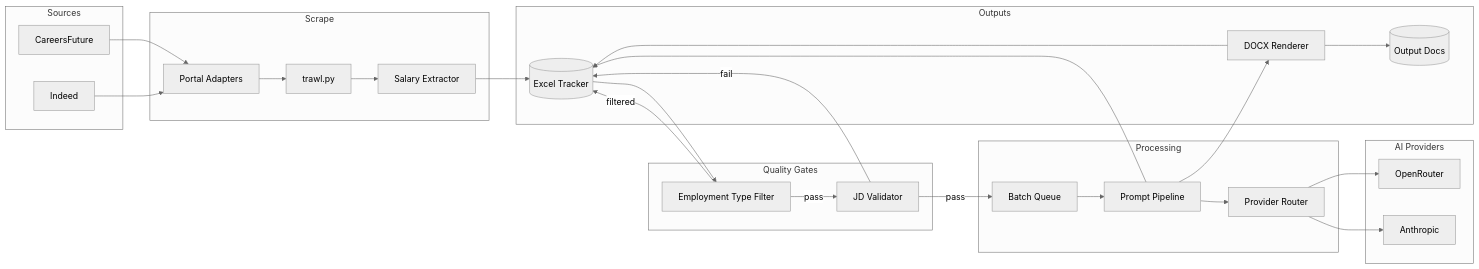
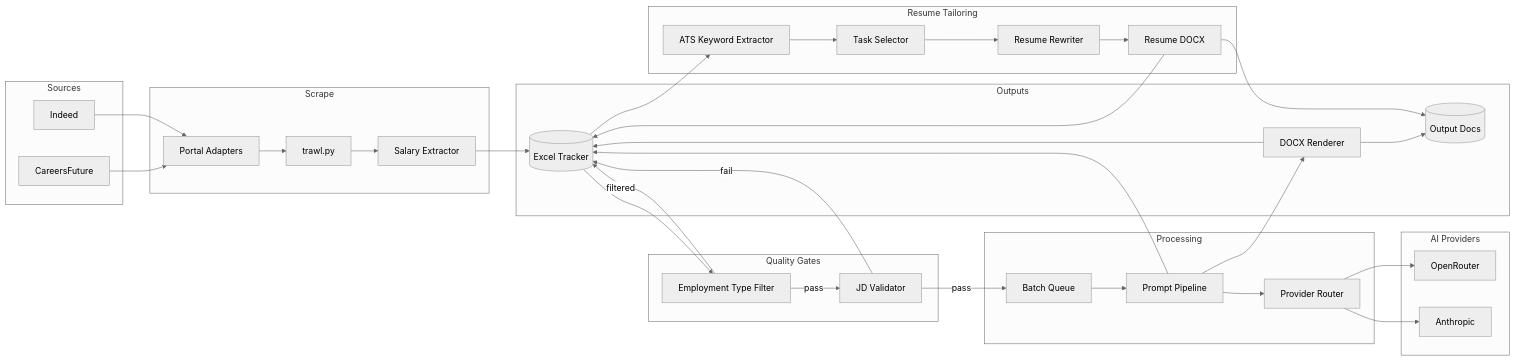
The first of 7 diagrams in architecture-design.md (dgmw15/Resume_Automated), drawn with Mermaid (neutral theme) before and after one commit. The commit also changed other lines of this file and 1 other file, not shown here.

Commit message:
Add ATS resume tailoring architecture

````diff
--- a/architecture-design.md
+++ b/architecture-design.md
@@ -20,54 +22,67 @@
 ```mermaid
 flowchart LR
   subgraph Sources
     CF[CareersFuture]
     IN[Indeed]
   end
 
   subgraph Scrape
     TR[trawl.py]
     ADP[Portal Adapters]
     SAL[Salary Extractor]
   end
 
   subgraph Quality Gates
     EMP[Employment Type Filter]
     JDV[JD Validator]
   end
 
   subgraph Processing
     BQ[Batch Queue]
     PIPE[Prompt Pipeline]
     ROUTE[Provider Router]
   end
 
   subgraph AI Providers
     OR[OpenRouter]
     AN[Anthropic]
   end
 
   subgraph Outputs
     XLS[(Excel Tracker)]
     DOCX[DOCX Renderer]
     FILES[(Output Docs)]
   end
 
+  subgraph Resume Tailoring
+    ATS[ATS Keyword Extractor]
+    TSEL[Task Selector]
+    RRW[Resume Rewriter]
+    RDOCX[Resume DOCX]
+  end
+
   CF --> ADP
   IN --> ADP
   ADP --> TR
   TR --> SAL
   SAL --> XLS
   XLS --> EMP
   EMP -->|pass| JDV
   EMP -->|filtered| XLS
   JDV -->|pass| BQ
   JDV -->|fail| XLS
   BQ --> PIPE
   PIPE --> ROUTE
   ROUTE --> OR
   ROUTE --> AN
   PIPE --> XLS
   PIPE --> DOCX
   DOCX --> FILES
   DOCX --> XLS
+  XLS --> ATS
+  ATS --> TSEL
+  TSEL --> RRW
+  RRW --> RDOCX
+  RDOCX --> FILES
+  RDOCX --> XLS
 ```
````
